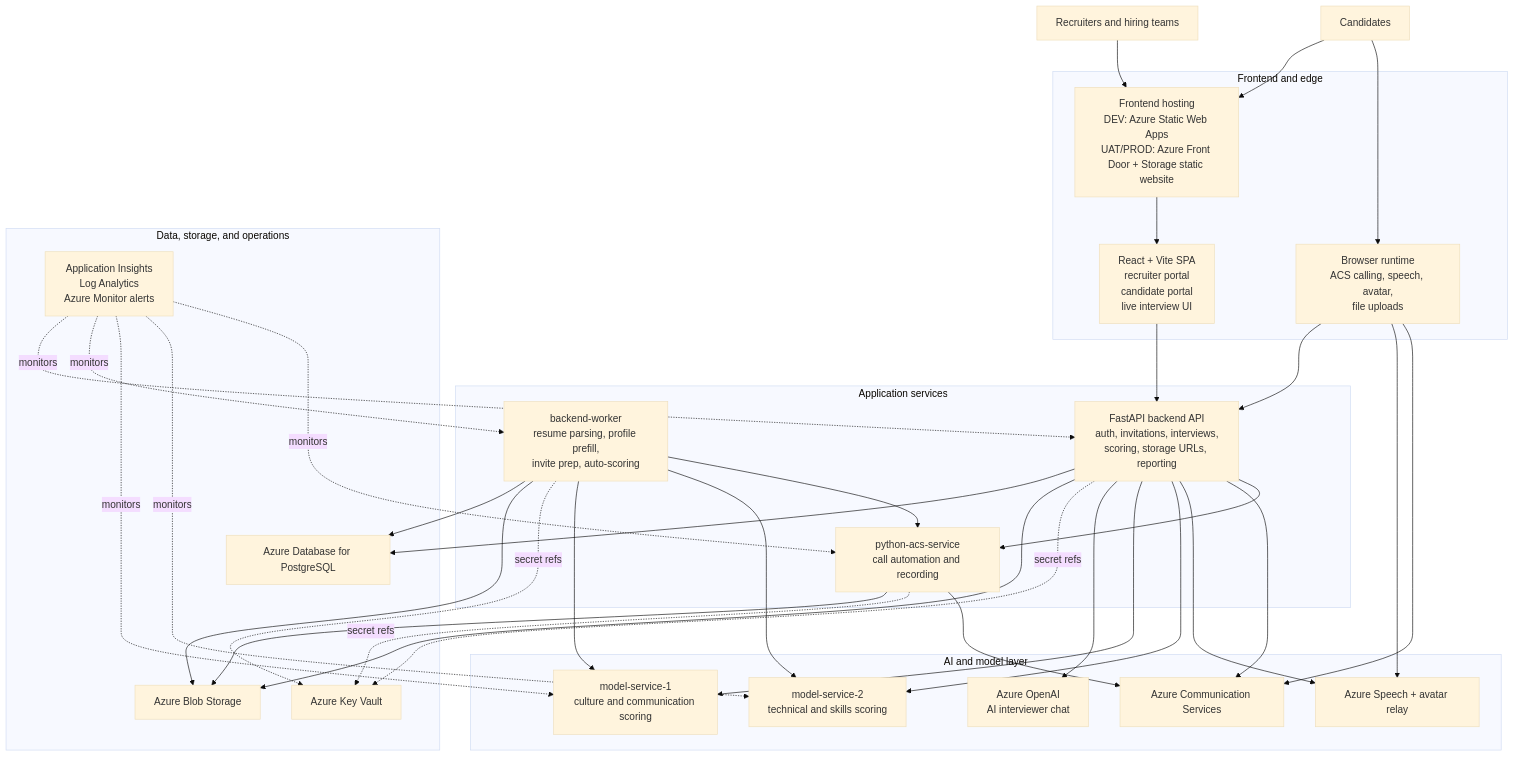
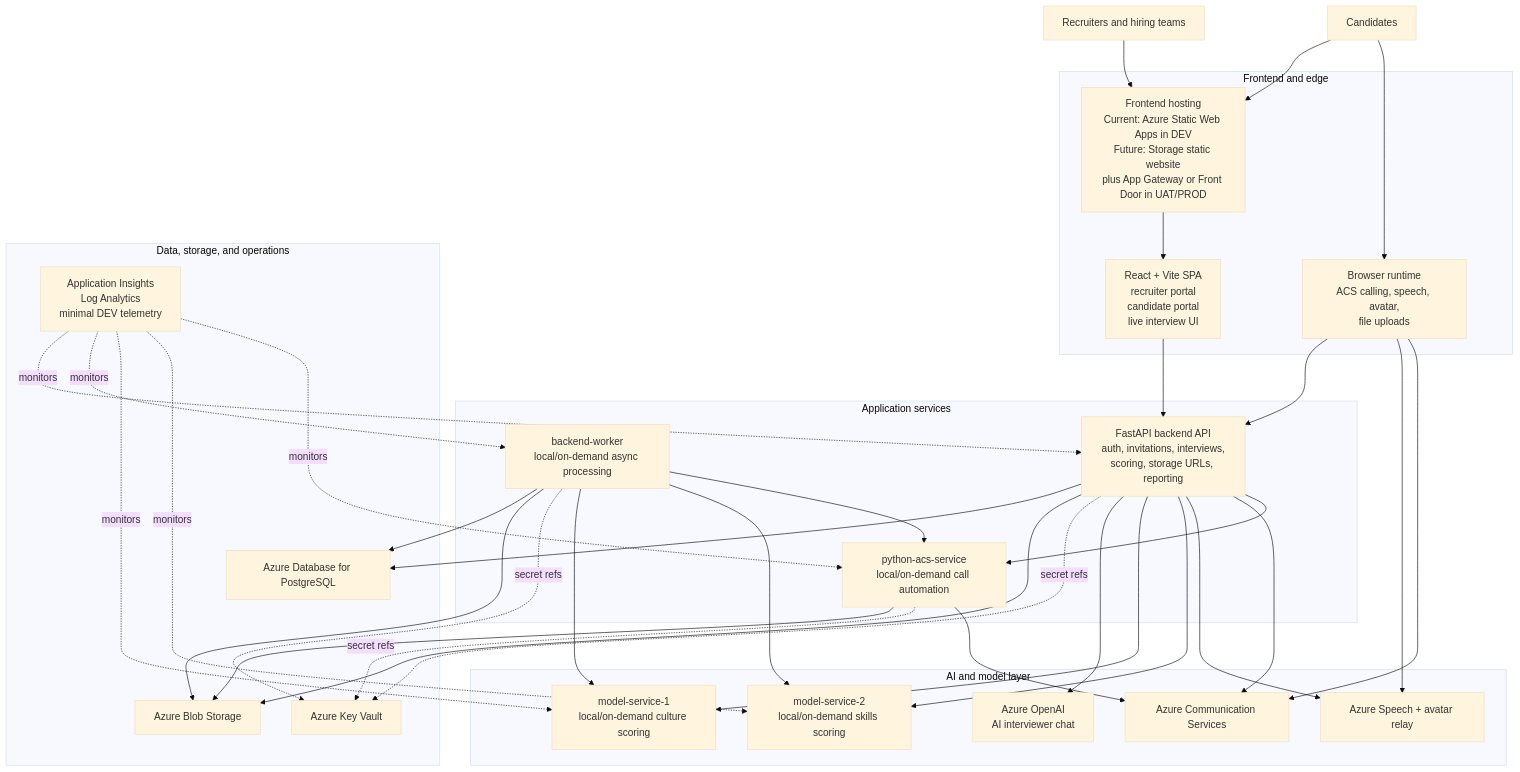
The first of 4 diagrams in documentation/ARCHITECTURE_DIAGRAM.md (dcava30/Talenti_MVP), drawn with Mermaid (base theme) before and after one commit. The commit also changed other lines of this file and 32 other files, not shown here.

First line of the commit message:
feat(infra): add lean dev-only Azure deployment mode

````diff
--- a/documentation/ARCHITECTURE_DIAGRAM.md
+++ b/documentation/ARCHITECTURE_DIAGRAM.md
@@ -30,70 +30,70 @@
 ```mermaid
 flowchart TB
     recruiter["Recruiters and hiring teams"]
     candidate["Candidates"]
 
     subgraph edge["Frontend and edge"]
-        hosting["Frontend hosting<br/>DEV: Azure Static Web Apps<br/>UAT/PROD: Azure Front Door + Storage static website"]
+        hosting["Frontend hosting<br/>Current: Azure Static Web Apps in DEV<br/>Future: Storage static website<br/>plus App Gateway or Front Door in UAT/PROD"]
         spa["React + Vite SPA<br/>recruiter portal<br/>candidate portal<br/>live interview UI"]
         browser["Browser runtime<br/>ACS calling, speech, avatar,<br/>file uploads"]
     end
 
     subgraph app["Application services"]
         backend["FastAPI backend API<br/>auth, invitations, interviews,<br/>scoring, storage URLs, reporting"]
-        worker["backend-worker<br/>resume parsing, profile prefill,<br/>invite prep, auto-scoring"]
-        acsworker["python-acs-service<br/>call automation and recording"]
+        worker["backend-worker<br/>local/on-demand async processing"]
+        acsworker["python-acs-service<br/>local/on-demand call automation"]
     end
 
     subgraph ai["AI and model layer"]
         openai["Azure OpenAI<br/>AI interviewer chat"]
-        model1["model-service-1<br/>culture and communication scoring"]
-        model2["model-service-2<br/>technical and skills scoring"]
+        model1["model-service-1<br/>local/on-demand culture scoring"]
+        model2["model-service-2<br/>local/on-demand skills scoring"]
         speech["Azure Speech + avatar relay"]
         acs["Azure Communication Services"]
     end
 
     subgraph data["Data, storage, and operations"]
         pg["Azure Database for PostgreSQL"]
         blob["Azure Blob Storage"]
         kv["Azure Key Vault"]
-        obs["Application Insights<br/>Log Analytics<br/>Azure Monitor alerts"]
+        obs["Application Insights<br/>Log Analytics<br/>minimal DEV telemetry"]
     end
 
     recruiter --> hosting
     candidate --> hosting
     hosting --> spa
     candidate --> browser
 
     spa --> backend
     browser --> backend
 
     backend --> pg
     backend --> blob
     backend -. secret refs .-> kv
     worker --> pg
     worker --> blob
     worker -. secret refs .-> kv
     acsworker --> blob
     acsworker -. secret refs .-> kv
 
     backend --> openai
     backend --> model1
     backend --> model2
     backend --> speech
     backend --> acs
     backend --> acsworker
 
     worker --> model1
     worker --> model2
     worker --> acsworker
     acsworker --> acs
 
     browser --> speech
     browser --> acs
 
     obs -. monitors .-> backend
     obs -. monitors .-> worker
     obs -. monitors .-> model1
     obs -. monitors .-> model2
     obs -. monitors .-> acsworker
 ```
````
